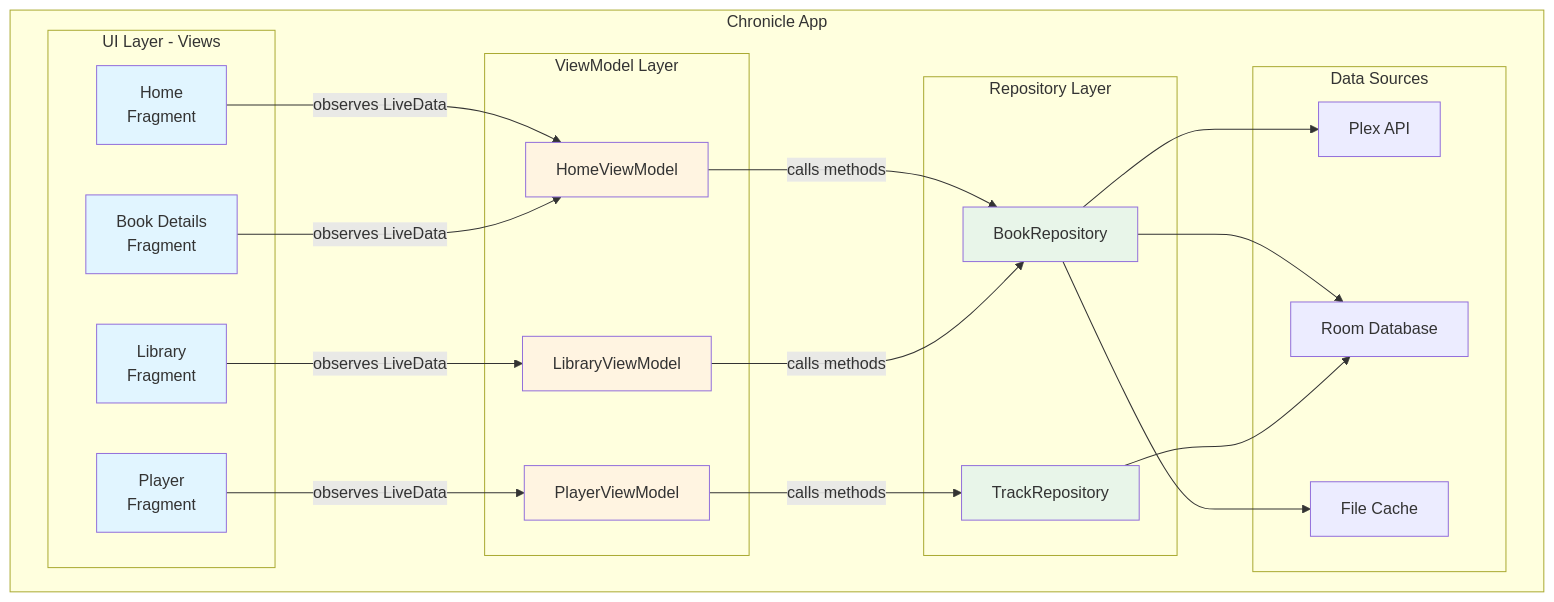
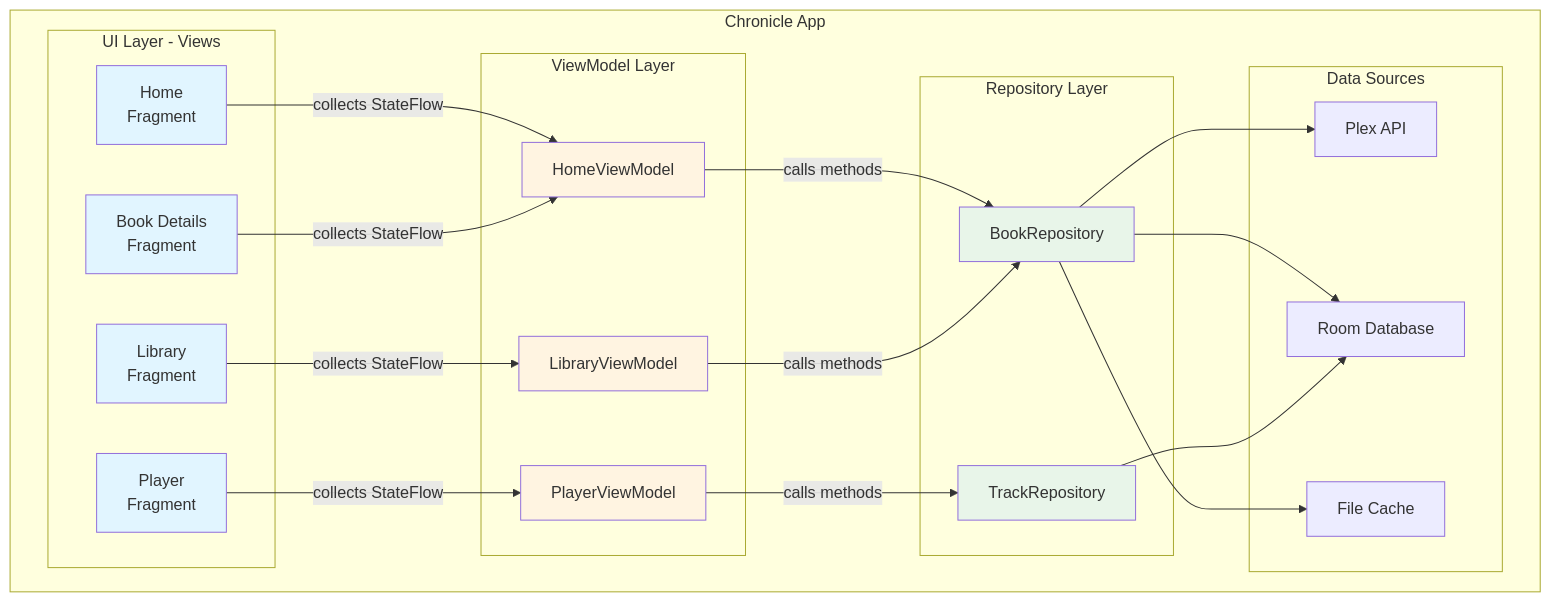
The first of 8 diagrams in backlog/docs/reference/07-visual-guide.md (alebianco/chronicle), drawn with Mermaid before and after one commit. The commit also changed other lines of this file and 7 other files, not shown here.

````diff
--- a/backlog/docs/reference/07-visual-guide.md
+++ b/backlog/docs/reference/07-visual-guide.md
@@ -14,52 +14,52 @@
 ```mermaid
 graph TB
     subgraph Chronicle App
         subgraph UI Layer - Views
             A[Home<br/>Fragment]
             B[Library<br/>Fragment]
             C[Book Details<br/>Fragment]
             D[Player<br/>Fragment]
         end
         
         subgraph ViewModel Layer
             E[HomeViewModel]
             F[LibraryViewModel]
             G[PlayerViewModel]
         end
         
         subgraph Repository Layer
             H[BookRepository]
             I[TrackRepository]
         end
         
         subgraph Data Sources
             J[Plex API]
             K[Room Database]
             L[File Cache]
         end
         
-        A -->|observes LiveData| E
-        B -->|observes LiveData| F
-        C -->|observes LiveData| E
-        D -->|observes LiveData| G
+        A -->|collects StateFlow| E
+        B -->|collects StateFlow| F
+        C -->|collects StateFlow| E
+        D -->|collects StateFlow| G
         
         E -->|calls methods| H
         F -->|calls methods| H
         G -->|calls methods| I
         
         H --> J
         H --> K
         I --> K
         H --> L
     end
     
     style A fill:#e1f5ff
     style B fill:#e1f5ff
     style C fill:#e1f5ff
     style D fill:#e1f5ff
     style E fill:#fff4e1
     style F fill:#fff4e1
     style G fill:#fff4e1
     style H fill:#e8f5e9
     style I fill:#e8f5e9
 ```
````
